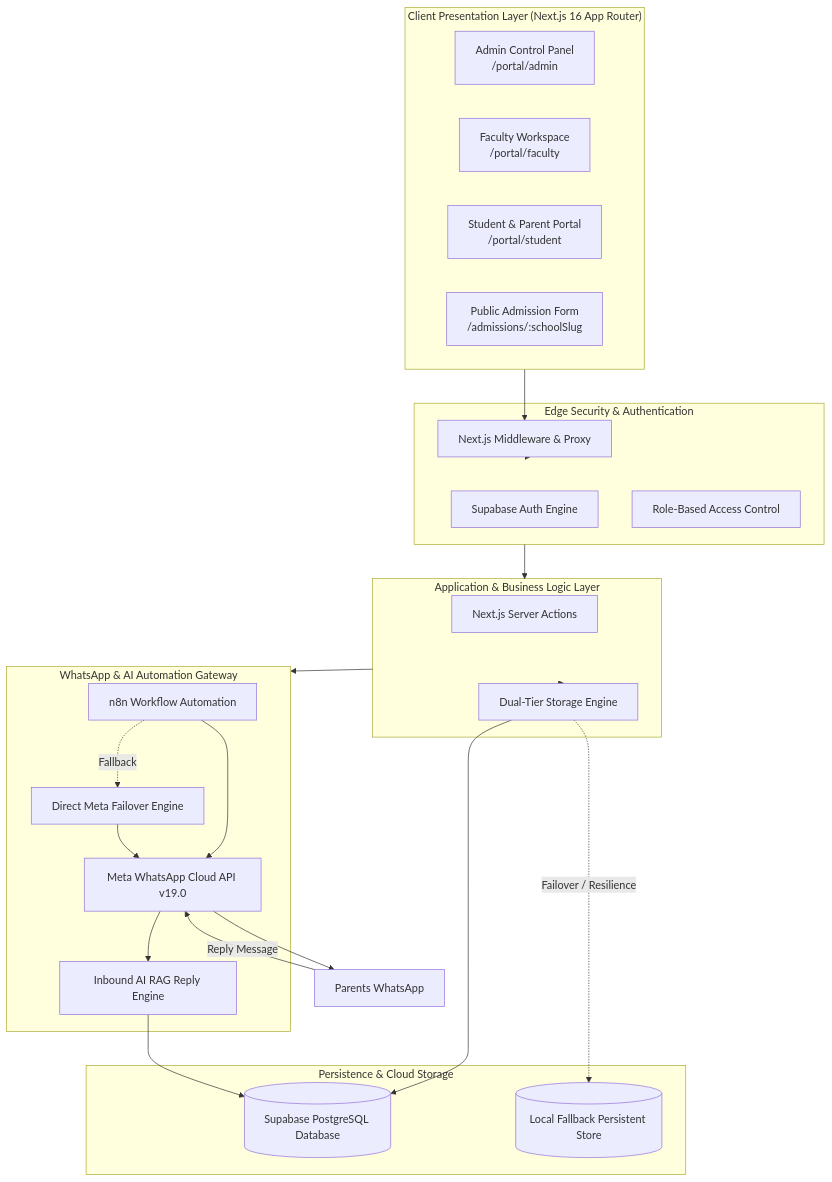
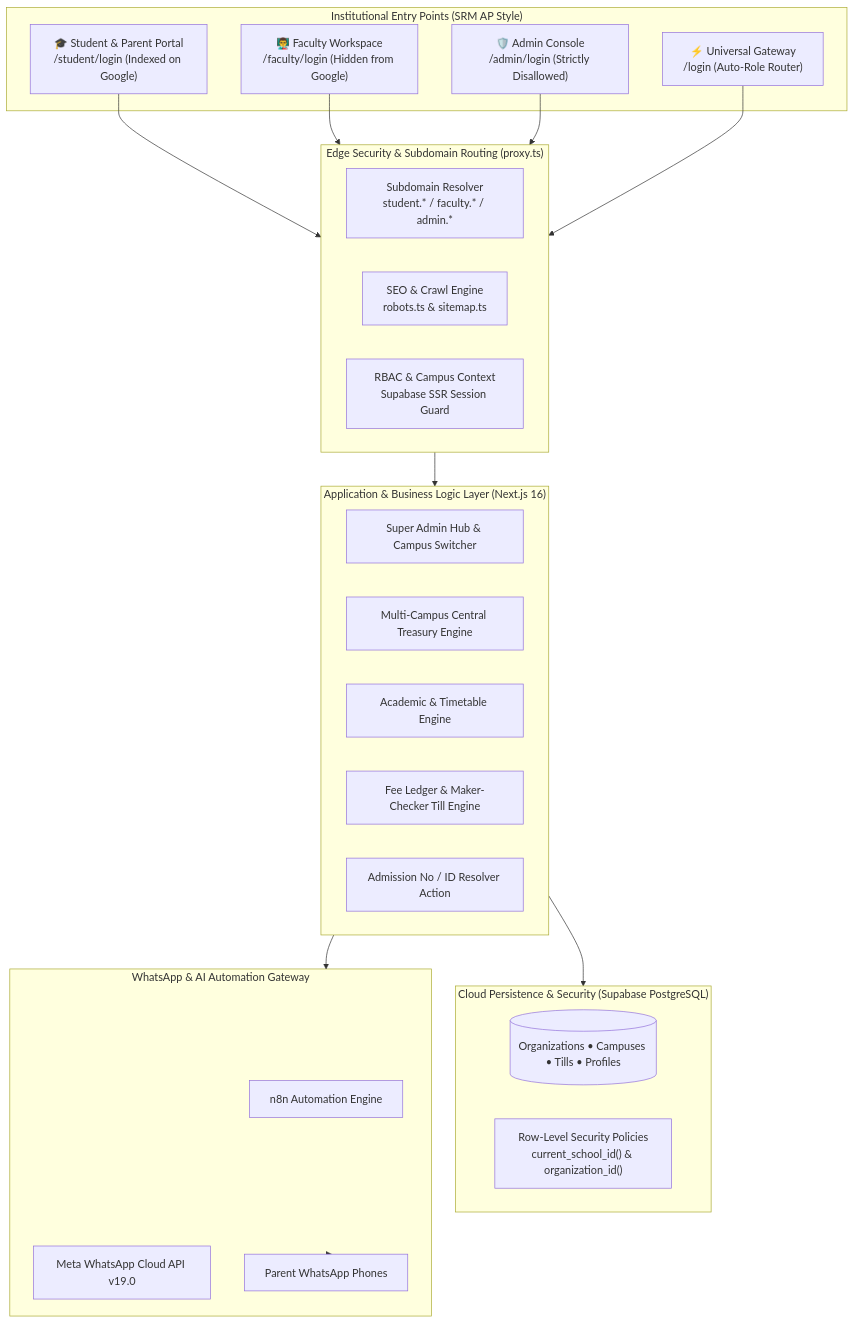
One commit to yasaswinisaisuryaprabhanagam-wq/Finkfold_Priyanka_School changed the diagram in PROJECT_DOCUMENTATION.md. Above: the diagram before and after it, drawn with Mermaid. The commit also changed other lines of this file, not shown here.

````diff
--- a/PROJECT_DOCUMENTATION.md
+++ b/PROJECT_DOCUMENTATION.md
@@ -44,42 +24,43 @@
 ```mermaid
 graph TD
-    subgraph Client ["Client Presentation Layer (Next.js 16 App Router)"]
-        A[Admin Control Panel<br/>/portal/admin]
-        F[Faculty Workspace<br/>/portal/faculty]
-        S[Student & Parent Portal<br/>/portal/student]
-        P[Public Admission Form<br/>/admissions/:schoolSlug]
+    subgraph InstitutionalPortals ["Institutional Entry Points (SRM AP Style)"]
+        SP["🎓 Student & Parent Portal<br/>/student/login (Indexed on Google)"]
+        FP["👨‍🏫 Faculty Workspace<br/>/faculty/login (Hidden from Google)"]
+        AP["🛡️ Admin Console<br/>/admin/login (Strictly Disallowed)"]
+        UG["⚡ Universal Gateway<br/>/login (Auto-Role Router)"]
     end
 
-    subgraph Security ["Edge Security & Authentication"]
-        Auth[Supabase Auth Engine]
-        RBAC[Role-Based Access Control]
-        Proxy[Next.js Middleware & Proxy]
+    subgraph EdgeRouting ["Edge Security & Subdomain Routing (proxy.ts)"]
+        Subdomain["Subdomain Resolver<br/>student.* / faculty.* / admin.*"]
+        Robots["SEO & Crawl Engine<br/>robots.ts & sitemap.ts"]
+        AuthGuard["RBAC & Campus Context<br/>Supabase SSR Session Guard"]
     end
 
-    subgraph Core ["Application & Business Logic Layer"]
-        SA[Next.js Server Actions]
-        Store[Dual-Tier Storage Engine]
+    subgraph CoreEngine ["Application & Business Logic Layer (Next.js 16)"]
+        SuperAdmin["Super Admin Hub & Campus Switcher"]
+        Treasury["Multi-Campus Central Treasury Engine"]
+        Academics["Academic & Timetable Engine"]
+        Fees["Fee Ledger & Maker-Checker Till Engine"]
+        StudentAuth["Admission No / ID Resolver Action"]
     end
 
-    subgraph Data ["Persistence & Cloud Storage"]
-        DB[(Supabase PostgreSQL Database)]
-        JSONCache[(Local Fallback Persistent Store)]
+    subgraph DataTier ["Cloud Persistence & Security (Supabase PostgreSQL)"]
+        MultiTenantDB[(Organizations • Campuses • Tills • Profiles)]
+        RLS["Row-Level Security Policies<br/>current_school_id() & organization_id()"]
     end
 
-    subgraph AutomationGate ["WhatsApp & AI Automation Gateway"]
-        N8N[n8n Workflow Automation]
-        MetaAPI[Meta WhatsApp Cloud API v19.0]
-        Failover[Direct Meta Failover Engine]
-        RAG[Inbound AI RAG Reply Engine]
+    subgraph AutomationTier ["WhatsApp & AI Automation Gateway"]
+        N8N["n8n Automation Engine"]
+        MetaAPI["Meta WhatsApp Cloud API v19.0"]
+        ParentPhones["Parent WhatsApp Phones"]
     end
 
-    Client --> Proxy --> Security --> Core
-    Core --> Store
-    Store --> DB
-    Store -.->|Failover / Resilience| JSONCache
-    Core --> AutomationGate
-    N8N --> MetaAPI
-    N8N -.->|Fallback| Failover --> MetaAPI
-    MetaAPI --> Parents[Parents WhatsApp]
-    Parents -->|Reply Message| MetaAPI --> RAG --> DB
+    SP --> EdgeRouting
+    FP --> EdgeRouting
+    AP --> EdgeRouting
+    UG --> EdgeRouting
+    EdgeRouting --> CoreEngine
+    CoreEngine --> DataTier
+    CoreEngine --> AutomationTier
+    AutomationTier --> ParentPhones
 ```
````
